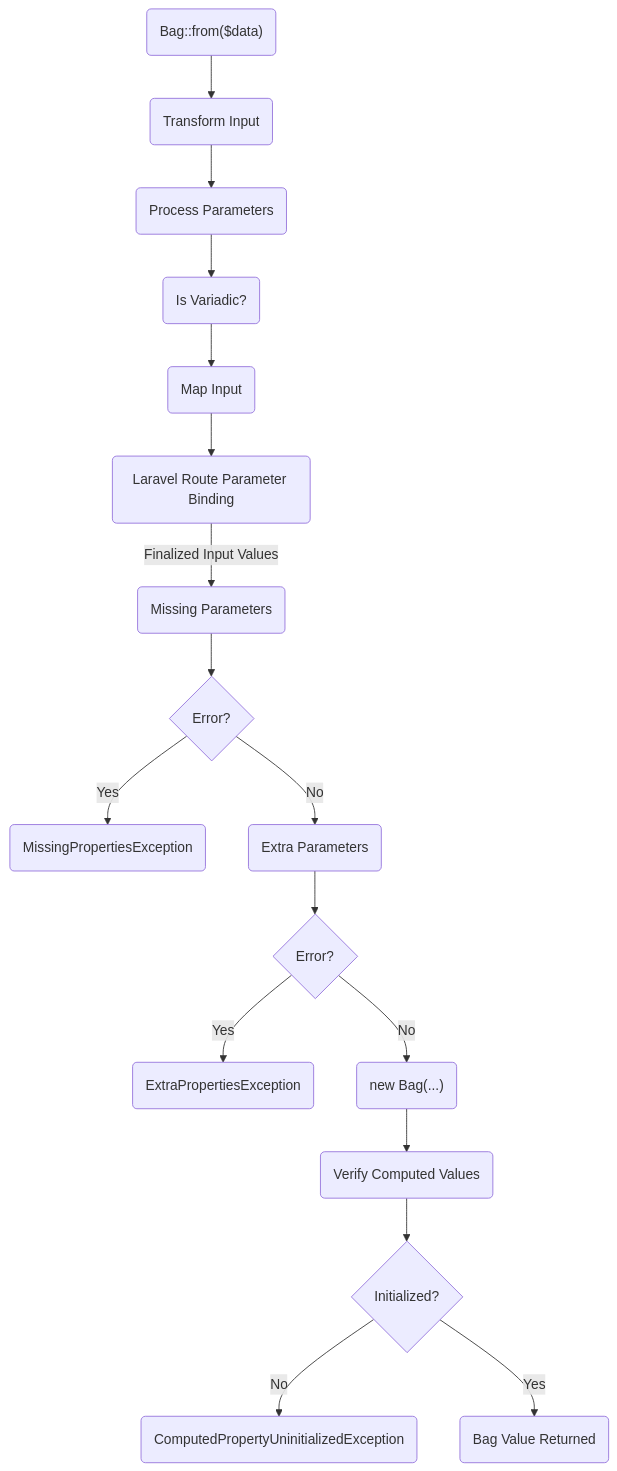
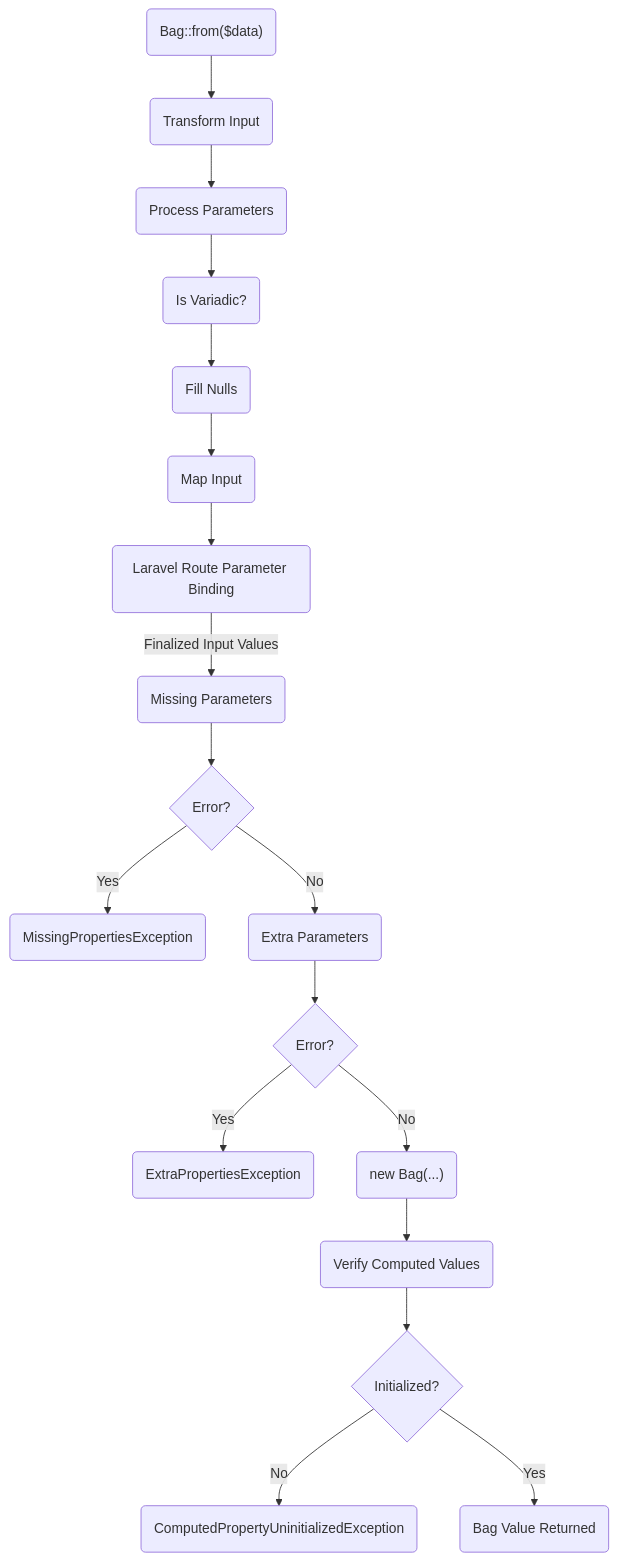
Before and after one commit to dshafik/bag: the fourth of 5 diagrams in docs/how-bag-works.md, drawn with Mermaid. The commit also changed other lines of this file and 1 other file, not shown here.

````diff
--- a/docs/how-bag-works.md
+++ b/docs/how-bag-works.md
@@ -148,38 +152,40 @@
 ```mermaid
 graph TD;
 start("Bag::from($data)")
 --> transform(Transform Input)
 --> process(Process Parameters) 
 --> variadic(Is Variadic?)
+--> fillNulls(Fill Nulls)
 --> mapInput(Map Input)
 --> laravelParams(Laravel Route Parameter Binding)
 -- Finalized Input Values --> missing(Missing Parameters) --> missingError{Error?}
 missingError -- Yes --> errorMissingParameters(MissingPropertiesException)
 missingError -- No --> extra(Extra Parameters) --> extraError{Error?}
 extraError -- Yes --> errorExtraParameters(ExtraPropertiesException)
 extraError -- No
 --> construct("new Bag(...)")
 --> computed(Verify Computed Values)
 --> initialized{Initialized?}
 initialized -- No --> errorInitialization(ComputedPropertyUninitializedException)
 initialized -- Yes
 --> bag(Bag Value Returned)
 
 class start mermaid-start
 class missingError,extraError,valid,initialized mermaid-decision
 class bag mermaid-end
 class errorMissingParameters,errorExtraParameters,errorValidation,errorInitialization mermaid-error
 
 click start "https://github.com/dshafik/bag/blob/main/src/Bag/Bag.php" _blank
 click transform "https://github.com/dshafik/bag/blob/main/src/Bag/Pipelines/Pipes/Transform.php" _blank
 click process "https://github.com/dshafik/bag/blob/main/src/Bag/Pipelines/Pipes/ProcessParameters.php" _blank
 click variadic "https://github.com/dshafik/bag/blob/main/src/Bag/Pipelines/Pipes/IsVariadic.php" _blank
+click fillNulls "https://github.com/dshafik/bag/blob/main/src/Bag/Pipelines/Pipes/FillNulls.php" _blank
 click mapInput "https://github.com/dshafik/bag/blob/main/src/Bag/Pipelines/Pipes/MapInput.php" _blank
 click laravelParams "https://github.com/dshafik/bag/blob/main/src/Bag/Pipelines/Pipes/LaravelRouteParameters.php" _blank
 click missing "https://github.com/dshafik/bag/blob/main/src/Bag/Pipelines/Pipes/MissingParameters.php" _blank
 click extra "https://github.com/dshafik/bag/blob/main/src/Bag/Pipelines/Pipes/ExtraParameters.php" _blank
 click validate "https://github.com/dshafik/bag/blob/main/src/Bag/Pipelines/Pipes/Validate.php" _blank
 click cast "https://github.com/dshafik/bag/blob/main/src/Bag/Pipelines/Pipes/CastInputValues.php" _blank
 click construct "https://github.com/dshafik/bag/blob/main/src/Bag/Pipelines/Pipes/FillBag.php" _blank
 click computed "https://github.com/dshafik/bag/blob/main/src/Bag/Pipelines/Pipes/ComputedValues.php" _blank
 ```
````
